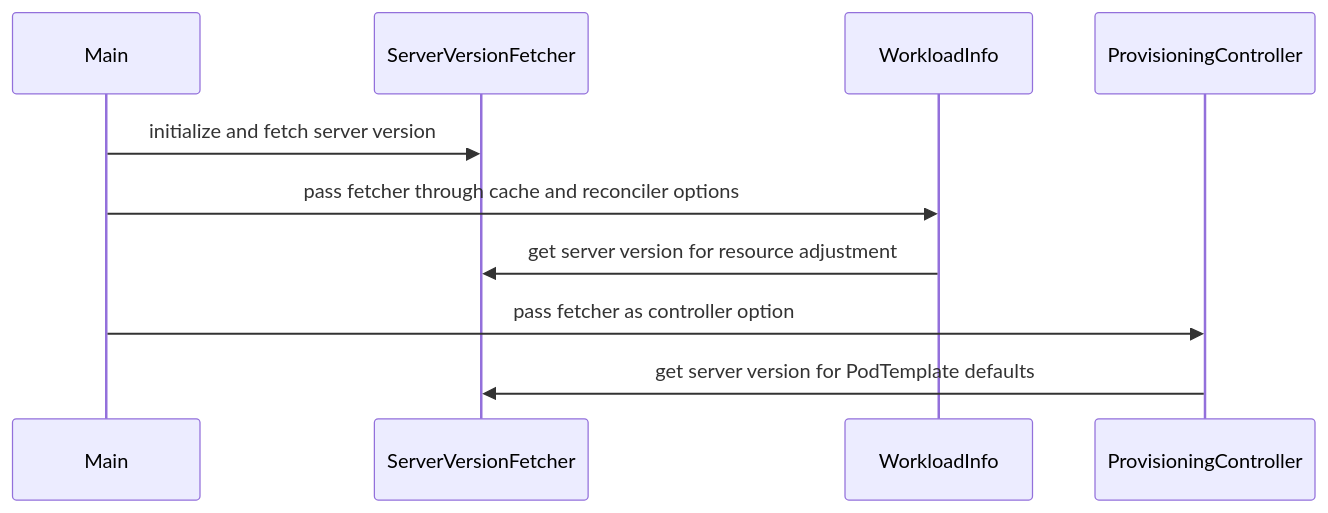
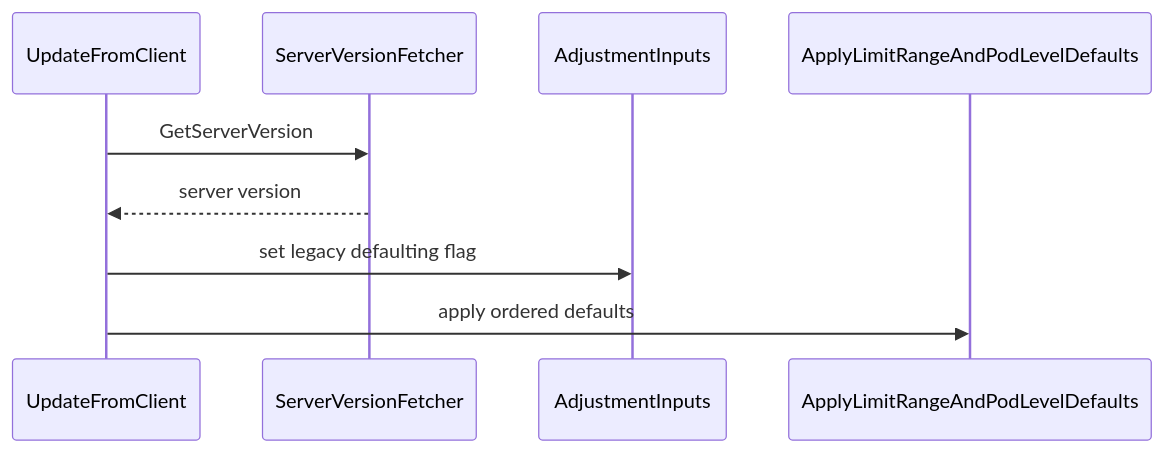
One commit to reruno/kueue-llm-wiki changed the diagram in raw/github/kubernetes-sigs__kueue/pr-16093.md. Above: the diagram before and after it, drawn with Mermaid. The commit also changed other lines of this file and 1586 other files, not shown here.

````diff
--- a/raw/github/kubernetes-sigs__kueue/pr-16093.md
+++ b/raw/github/kubernetes-sigs__kueue/pr-16093.md
@@ -139,12 +153,11 @@
 ```mermaid
 sequenceDiagram
-  participant Main
+  participant UpdateFromClient
   participant ServerVersionFetcher
-  participant WorkloadInfo
-  participant ProvisioningController
-  Main->>ServerVersionFetcher: initialize and fetch server version
-  Main->>WorkloadInfo: pass fetcher through cache and reconciler options
-  WorkloadInfo->>ServerVersionFetcher: get server version for resource adjustment
-  Main->>ProvisioningController: pass fetcher as controller option
-  ProvisioningController->>ServerVersionFetcher: get server version for PodTemplate defaults
+  participant AdjustmentInputs
+  participant ApplyLimitRangeAndPodLevelDefaults
+  UpdateFromClient->>ServerVersionFetcher: GetServerVersion
+  ServerVersionFetcher-->>UpdateFromClient: server version
+  UpdateFromClient->>AdjustmentInputs: set legacy defaulting flag
+  UpdateFromClient->>ApplyLimitRangeAndPodLevelDefaults: apply ordered defaults
 ```
````
